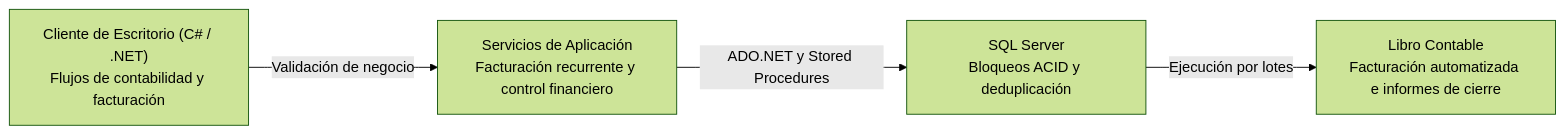
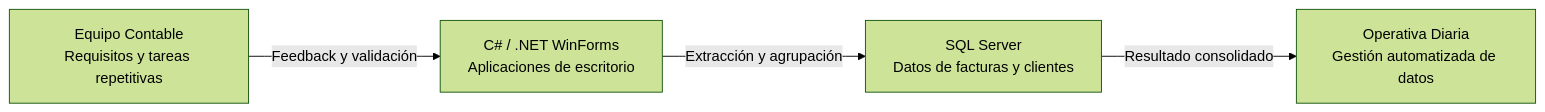
Before and after one commit to Rorro101004/Rorro101004: the first of 3 diagrams in README.es.md, drawn with Mermaid (forest theme). The commit also changed other lines of this file and 1 other file, not shown here.

````diff
--- a/README.es.md
+++ b/README.es.md
@@ -61,6 +61,6 @@
 ```mermaid
 flowchart LR
-    A["Cliente de Escritorio (C# / .NET)<br/>Flujos de contabilidad y facturación"] -->|Validación de negocio| B["Servicios de Aplicación<br/>Facturación recurrente y control financiero"]
-    B -->|ADO.NET y Stored Procedures| C["SQL Server<br/>Bloqueos ACID y deduplicación"]
-    C -->|Ejecución por lotes| D["Libro Contable<br/>Facturación automatizada e informes de cierre"]
+    A["Equipo Contable<br/>Requisitos y tareas repetitivas"] -->|Feedback y validación| B["C# / .NET WinForms<br/>Aplicaciones de escritorio"]
+    B -->|Extracción y agrupación| C["SQL Server<br/>Datos de facturas y clientes"]
+    C -->|Resultado consolidado| D["Operativa Diaria<br/>Gestión automatizada de datos"]
 ```
````
